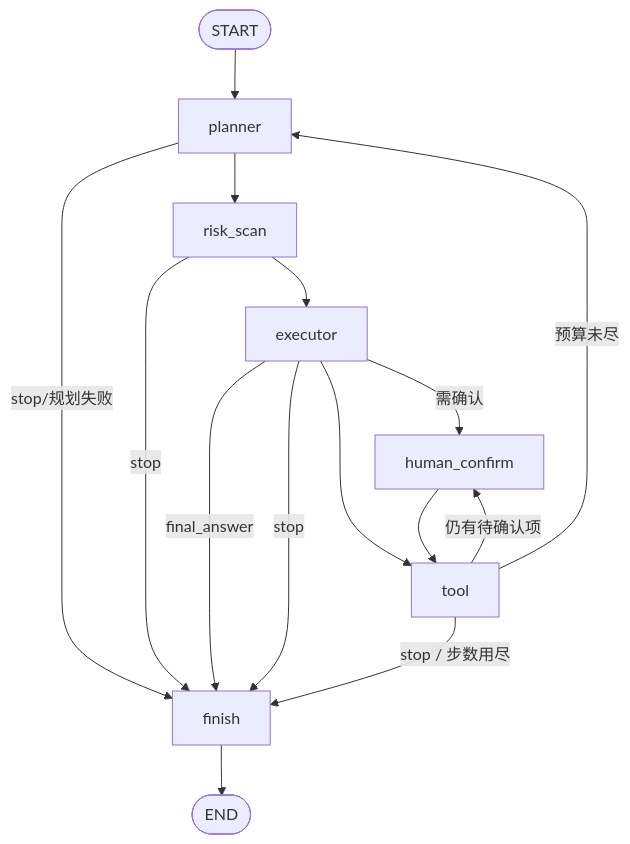
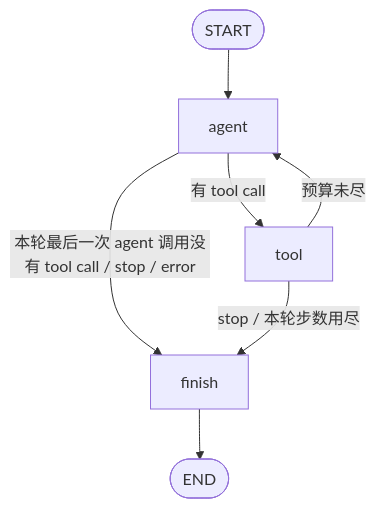
One commit to renjianguojinqianfan/langgraph-agent changed the diagram in README.md. Above: the diagram before and after it, drawn with Mermaid. The commit also changed other lines of this file and 19 other files, not shown here.

````diff
--- a/README.md
+++ b/README.md
@@ -52,17 +52,9 @@
 ```mermaid
 flowchart TD
-    S0([START]) --> planner
-    planner -->|stop/规划失败| finish
-    planner --> risk_scan
-    risk_scan -->|stop| finish
-    risk_scan --> executor
-    executor -->|需确认| human_confirm
-    executor --> tool
-    executor -->|final_answer| finish
-    executor -->|stop| finish
-    human_confirm --> tool
-    tool -->|仍有待确认项| human_confirm
-    tool -->|预算未尽| planner
-    tool -->|stop / 步数用尽| finish
+    S0([START]) --> agent
+    agent -->|本轮最后一次 agent 调用没有 tool call / stop / error| finish
+    agent -->|有 tool call| tool
+    tool -->|stop / 本轮步数用尽| finish
+    tool -->|预算未尽| agent
     finish --> E0([END])
 ```
````
